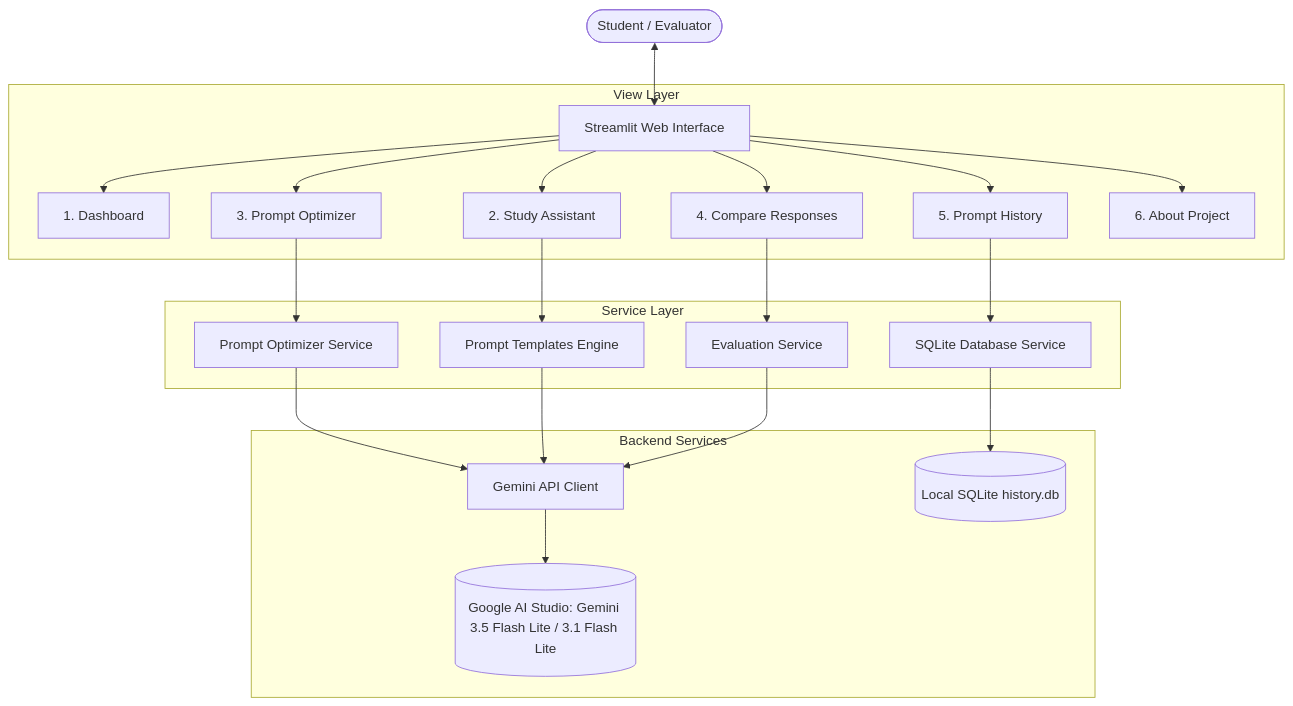
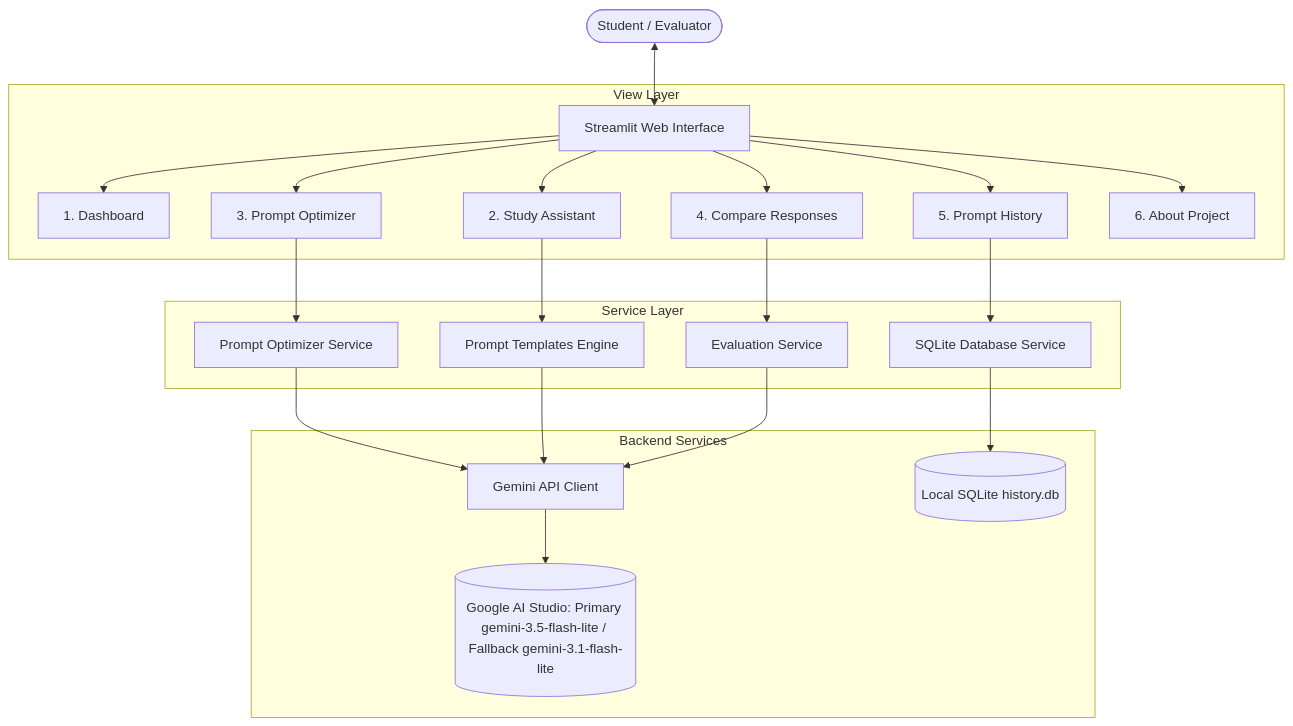
The first of 3 diagrams in README.md (Yaditiarora/PromptWise), drawn with Mermaid before and after one commit. The commit also changed other lines of this file, not shown here.

````diff
--- a/README.md
+++ b/README.md
@@ -52,28 +53,28 @@
 ```mermaid
 flowchart TD
     User([Student / Evaluator]) <--> UI[Streamlit Web Interface]
     
     subgraph Presentation_Views [View Layer]
         UI --> Dash[1. Dashboard]
         UI --> SA[2. Study Assistant]
         UI --> PO[3. Prompt Optimizer]
         UI --> Comp[4. Compare Responses]
         UI --> Hist[5. Prompt History]
         UI --> Abt[6. About Project]
     end
 
     subgraph Service_Layer [Service Layer]
         PO --> POService[Prompt Optimizer Service]
         SA --> PromptTpl[Prompt Templates Engine]
         Comp --> EvalService[Evaluation Service]
         Hist --> DBService[SQLite Database Service]
     end
 
     subgraph AI_Backend [Backend Services]
         POService --> GeminiSvc[Gemini API Client]
         PromptTpl --> GeminiSvc
         EvalService --> GeminiSvc
-        GeminiSvc --> GoogleAPI[(Google AI Studio: Gemini 3.5 Flash Lite / 3.1 Flash Lite)]
+        GeminiSvc --> GoogleAPI[(Google AI Studio: Primary gemini-3.5-flash-lite / Fallback gemini-3.1-flash-lite)]
         DBService --> SQLite[(Local SQLite history.db)]
     end
 ```
````
